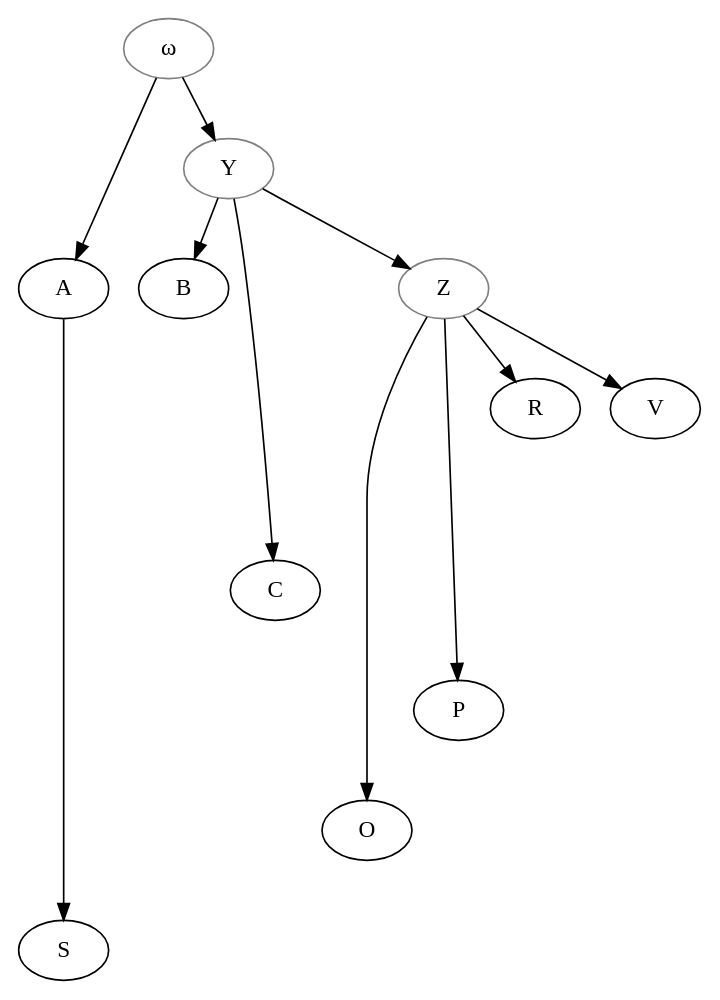
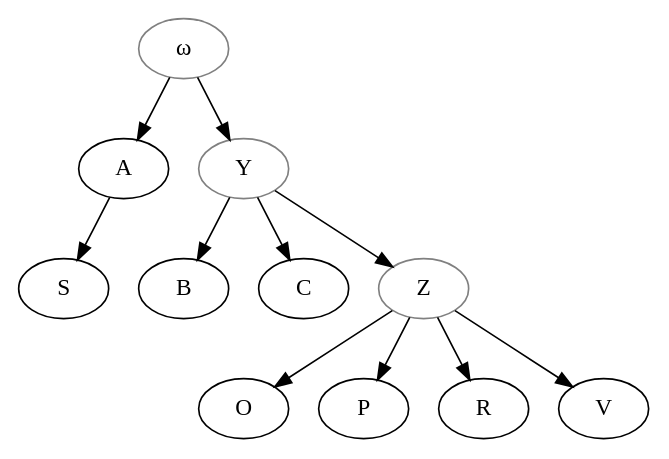
The diagram in data/lat/Künslte_1905_SyagrusContrahaereticos/stemma.gv (OpenStemmata/database), drawn with Graphviz before and after one commit. The commit also changed 38 other files, not shown here.

```diff
--- a/data/lat/Künslte_1905_SyagrusContrahaereticos/stemma.gv
+++ b/data/lat/Künslte_1905_SyagrusContrahaereticos/stemma.gv
@@ -1,29 +1,29 @@
 
 
 digraph {
-    omega->A[minlen=2]; 
-    A->S[minlen=6];
+    omega->A; 
+    A->S;
     omega->Y;
     Y->B;
-    Y->C[minlen=4]; 
+    Y->C; 
     Y->Z;
-    Z->O[minlen=5];
-    Z->P[minlen=4];
+    Z->O;
+    Z->P;
     Z->R;
     Z->V;
     
     
     omega[color="grey", label="ω"];
     Y[color="grey",label="Y"];
     Z[color="grey",label="Z"];
     A[label="A"];
     B[label="B"];
     C[label="C"];
     O[label="O"];
     S[label="S"];
     R[label="R"];
     P[label="P"];
     V[label="V"];
 
-graph [style=invis, splines=true];
+
 }
```
